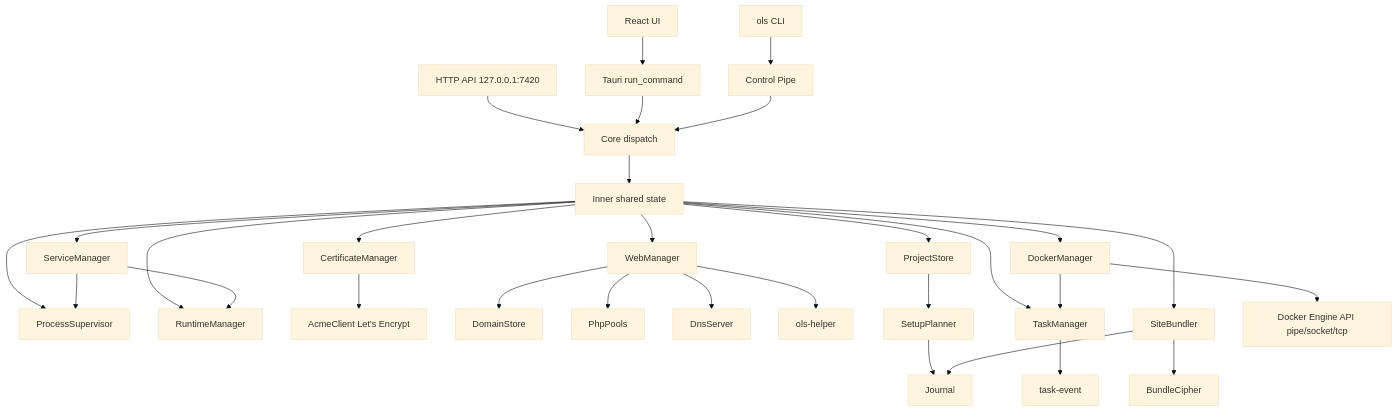
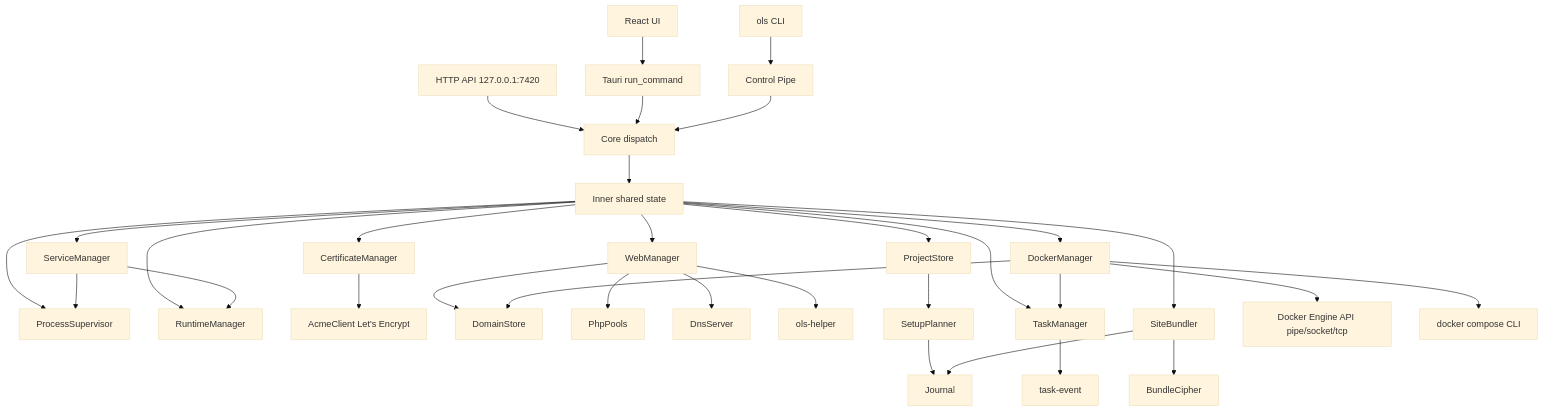
One commit to kz370/OpenLocalServer changed the diagram in specs/diagrams/architecture.mmd. Above: the diagram before and after it, drawn with Mermaid (base theme). The commit also changed 35 other files, not shown here.

First line of the commit message:
feat(docker): compose stacks, compose builder, logs and sites from containers

```diff
--- a/specs/diagrams/architecture.mmd
+++ b/specs/diagrams/architecture.mmd
@@ -1,30 +1,32 @@
 graph TB
   UI[React UI] --> IPC[Tauri run_command]
   CLI[ols CLI] --> PIPE[Control Pipe]
   API[HTTP API 127.0.0.1:7420] --> CORE[Core dispatch]
   IPC --> CORE
   PIPE --> CORE
   CORE --> INNER[Inner shared state]
   INNER --> PROC[ProcessSupervisor]
   INNER --> RT[RuntimeManager]
   INNER --> SVC[ServiceManager]
   INNER --> WEB[WebManager]
   INNER --> PROJ[ProjectStore]
   INNER --> CERT[CertificateManager]
   CERT --> ACME[AcmeClient Let's Encrypt]
   WEB --> DOM[DomainStore]
   WEB --> PHP[PhpPools]
   WEB --> DNS[DnsServer]
   WEB --> HELP[ols-helper]
   SVC --> RT
   SVC --> PROC
   PROJ --> SETUP[SetupPlanner]
   SETUP --> JOUR[Journal]
   INNER --> TASKS[TaskManager]
   TASKS --> TEVENT[task-event]
   INNER --> BUNDLE[SiteBundler]
   BUNDLE --> CRYPTO[BundleCipher]
   BUNDLE --> JOUR
   INNER --> DOCKER[DockerManager]
   DOCKER --> ENGINE[Docker Engine API pipe/socket/tcp]
   DOCKER --> TASKS
+  DOCKER --> COMPOSECLI[docker compose CLI]
+  DOCKER --> DOM
```
